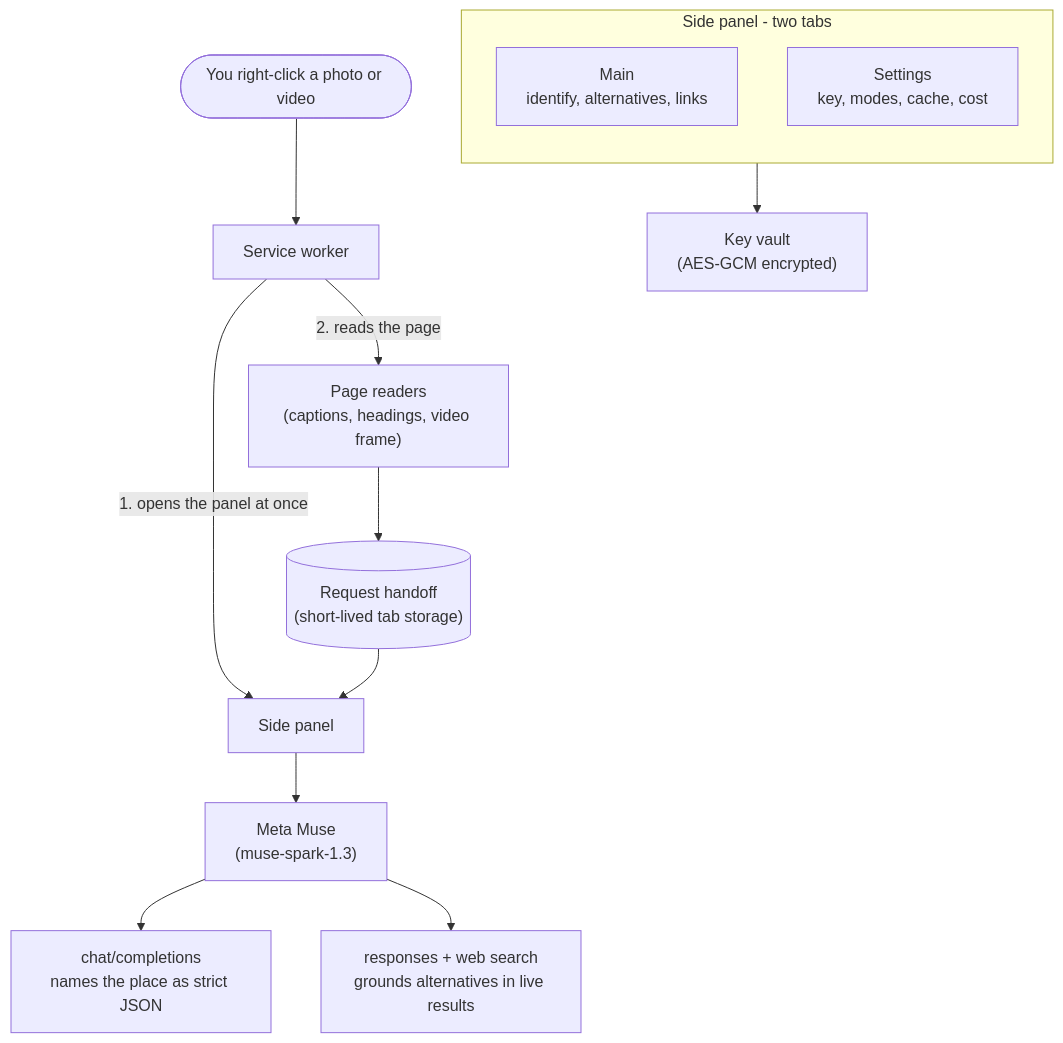
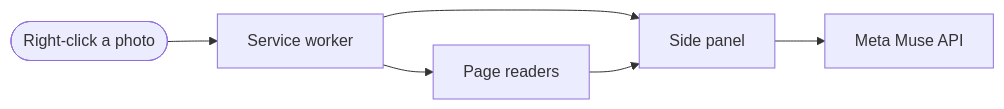
One commit to kowalczyk-krzysztof/take-me-there changed the diagram in README.md. Above: the diagram before and after it, drawn with Mermaid. The commit also changed other lines of this file, not shown here.

````diff
--- a/README.md
+++ b/README.md
@@ -60,19 +60,8 @@
 ```mermaid
-flowchart TB
-    user(["You right-click a photo or video"]) --> worker["Service worker"]
-    worker -->|"1. opens the panel at once"| panel["Side panel"]
-    worker -->|"2. reads the page"| readers["Page readers<br/>(captions, headings, video frame)"]
-    readers --> handoff[("Request handoff<br/>(short-lived tab storage)")]
-    handoff --> panel
-
-    subgraph Panel ["Side panel - two tabs"]
-        direction TB
-        main["Main<br/>identify, alternatives, links"]
-        settingsTab["Settings<br/>key, modes, cache, cost"]
-    end
-
-    panel --> muse["Meta Muse<br/>(muse-spark-1.3)"]
-    muse --> identify["chat/completions<br/>names the place as strict JSON"]
-    muse --> grounded["responses + web search<br/>grounds alternatives in live results"]
-    settingsTab --> vault["Key vault<br/>(AES-GCM encrypted)"]
+flowchart LR
+    user(["Right-click a photo"]) --> worker["Service worker"]
+    worker --> panel["Side panel"]
+    worker --> readers["Page readers"]
+    readers --> panel
+    panel --> muse["Meta Muse API"]
 ```
````
